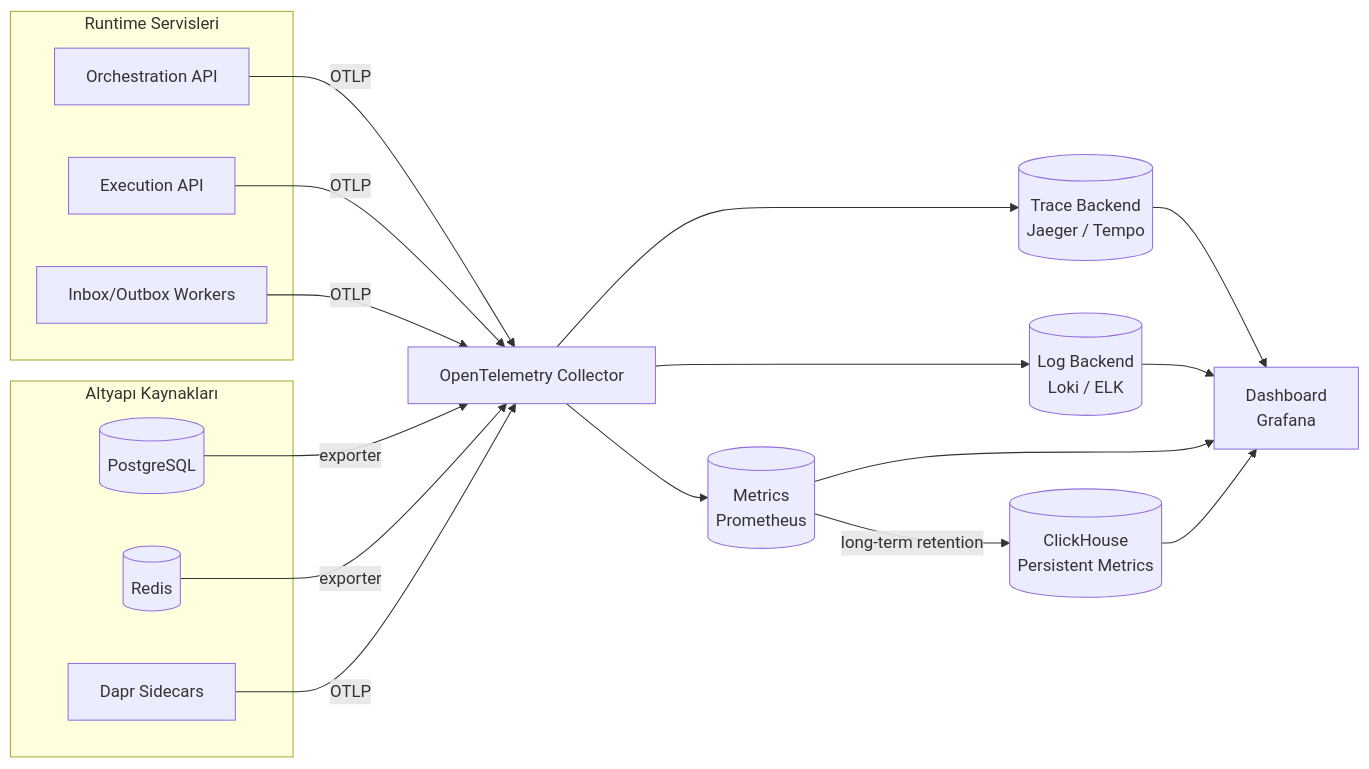
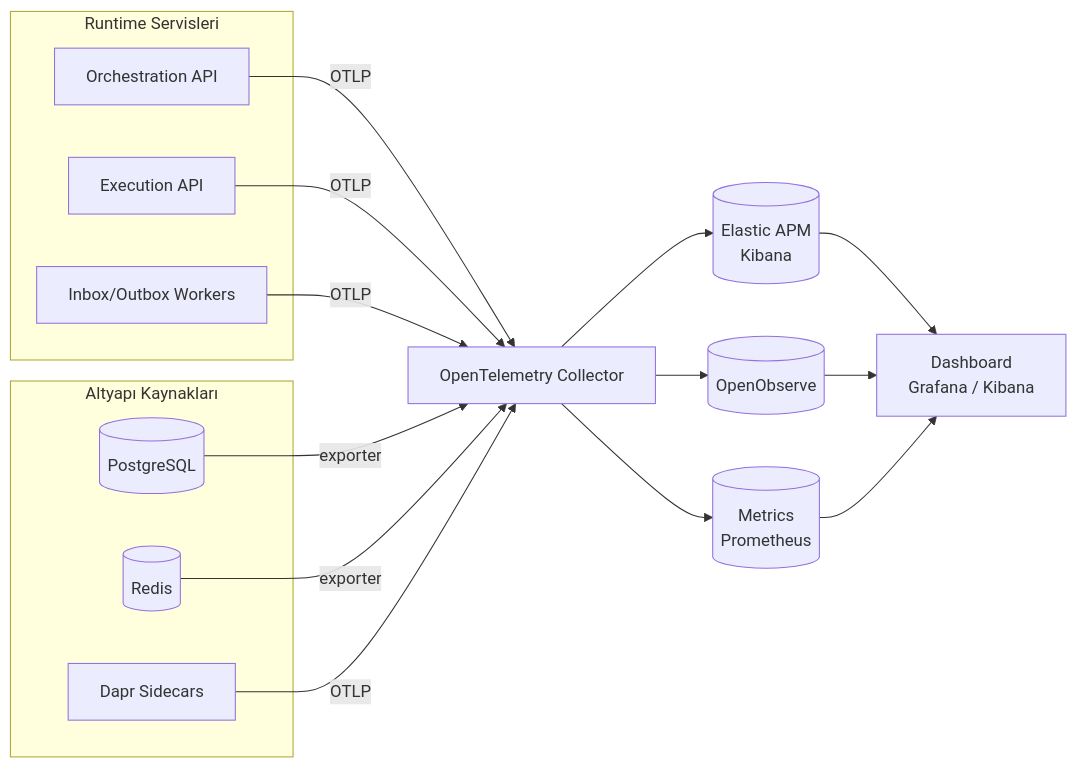
The diagram in architecture/infrastructure/observability.md (burgan-tech/vnext-docs), drawn with Mermaid before and after one commit. The commit also changed other lines of this file and 68 other files, not shown here.

````diff
--- a/architecture/infrastructure/observability.md
+++ b/architecture/infrastructure/observability.md
@@ -13,36 +13,33 @@
 ```mermaid
 flowchart LR
     subgraph apps [Runtime Servisleri]
         OAPI[Orchestration API]
         EAPI[Execution API]
         WRK[Inbox/Outbox Workers]
     end
     subgraph infra [Altyapı Kaynakları]
         PG[(PostgreSQL)]
         RDS[(Redis)]
         DPR[Dapr Sidecars]
     end
     OTel[OpenTelemetry Collector]
-    Traces[(Trace Backend<br/>Jaeger / Tempo)]
-    Logs[(Log Backend<br/>Loki / ELK)]
+    Elastic[(Elastic APM<br/>Kibana)]
+    OO[(OpenObserve)]
     Metrics[(Metrics<br/>Prometheus)]
-    CH[(ClickHouse<br/>Persistent Metrics)]
-    Dash[Dashboard<br/>Grafana]
+    Dash[Dashboard<br/>Grafana / Kibana]
 
     OAPI -->|OTLP| OTel
     EAPI -->|OTLP| OTel
     WRK -->|OTLP| OTel
     PG -->|exporter| OTel
     RDS -->|exporter| OTel
     DPR -->|OTLP| OTel
 
-    OTel --> Traces
-    OTel --> Logs
+    OTel --> Elastic
+    OTel --> OO
     OTel --> Metrics
-    Metrics -->|long-term retention| CH
 
-    Traces --> Dash
-    Logs --> Dash
+    Elastic --> Dash
+    OO --> Dash
     Metrics --> Dash
-    CH --> Dash
 ```
````
